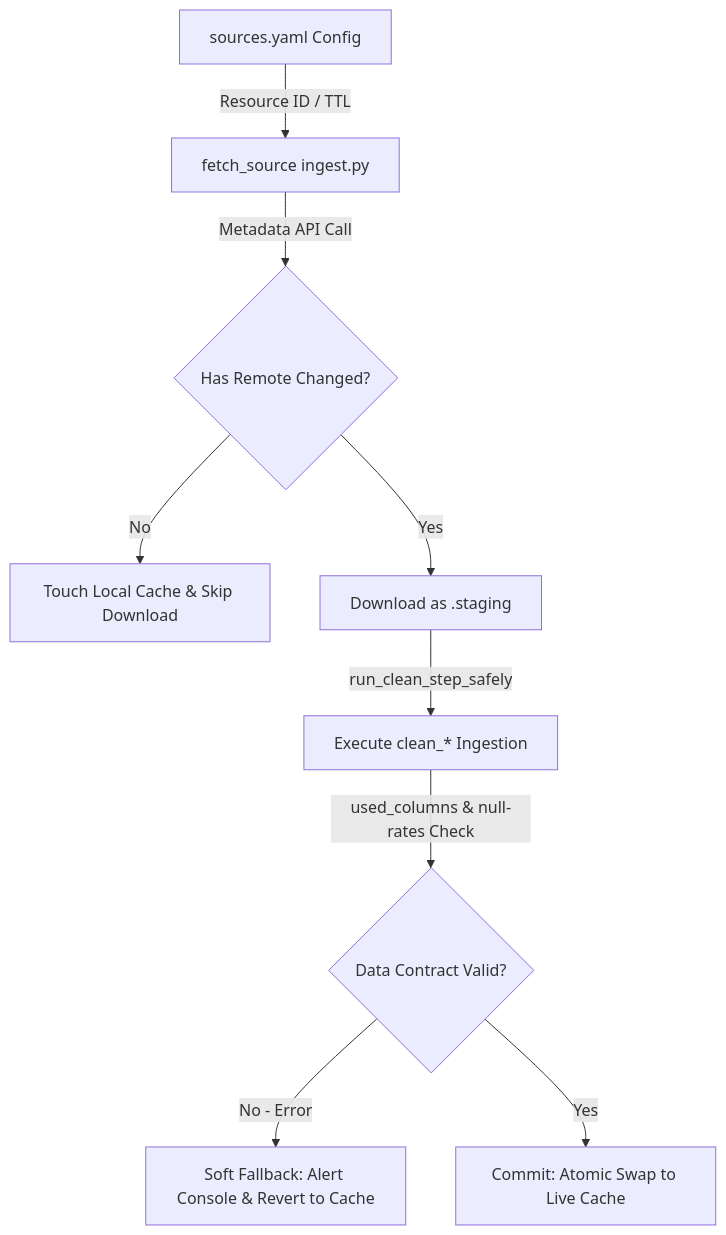
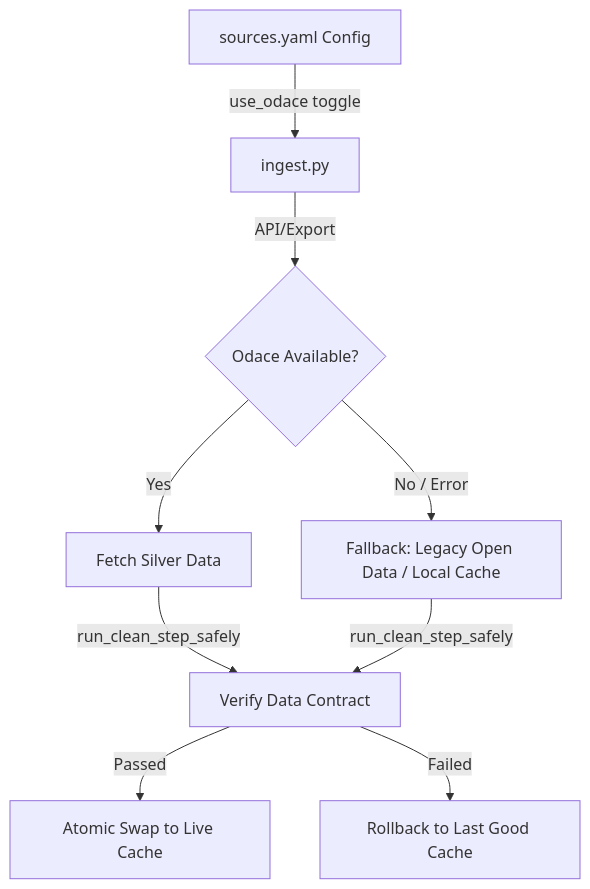
Before and after one commit to jbesan/13_odis_stream2: the diagram in pipeline/README.md, drawn with Mermaid. The commit also changed other lines of this file and 29 other files, not shown here.

First line of the commit message:
Pipeline odace ingest (#29)

````diff
--- a/pipeline/README.md
+++ b/pipeline/README.md
@@ -53,11 +32,10 @@
 ```mermaid
 graph TD
-    A[sources.yaml Config] -->|Resource ID / TTL| B[fetch_source ingest.py]
-    B -->|Metadata API Call| C{Has Remote Changed?}
-    C -->|No| D[Touch Local Cache & Skip Download]
-    C -->|Yes| E[Download as .staging]
-    E -->|run_clean_step_safely| F[Execute clean_* Ingestion]
-    F -->|used_columns & null-rates Check| G{Data Contract Valid?}
-    G -->|No - Error| H[Soft Fallback: Alert Console & Revert to Cache]
-    G -->|Yes| I[Commit: Atomic Swap to Live Cache]
+    A[sources.yaml Config] -->|use_odace toggle| B[ingest.py]
+    B -->|API/Export| C{Odace Available?}
+    C -->|Yes| D[Fetch Silver Data]
+    C -->|No / Error| E[Fallback: Legacy Open Data / Local Cache]
+    D & E -->|run_clean_step_safely| F[Verify Data Contract]
+    F -->|Passed| G[Atomic Swap to Live Cache]
+    F -->|Failed| H[Rollback to Last Good Cache]
 ```
````
